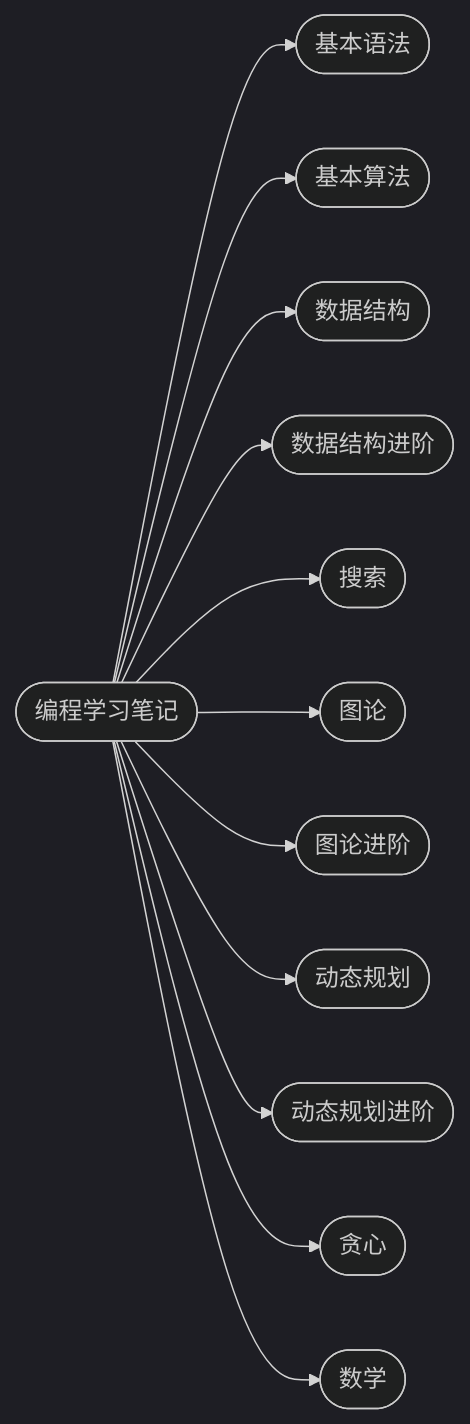
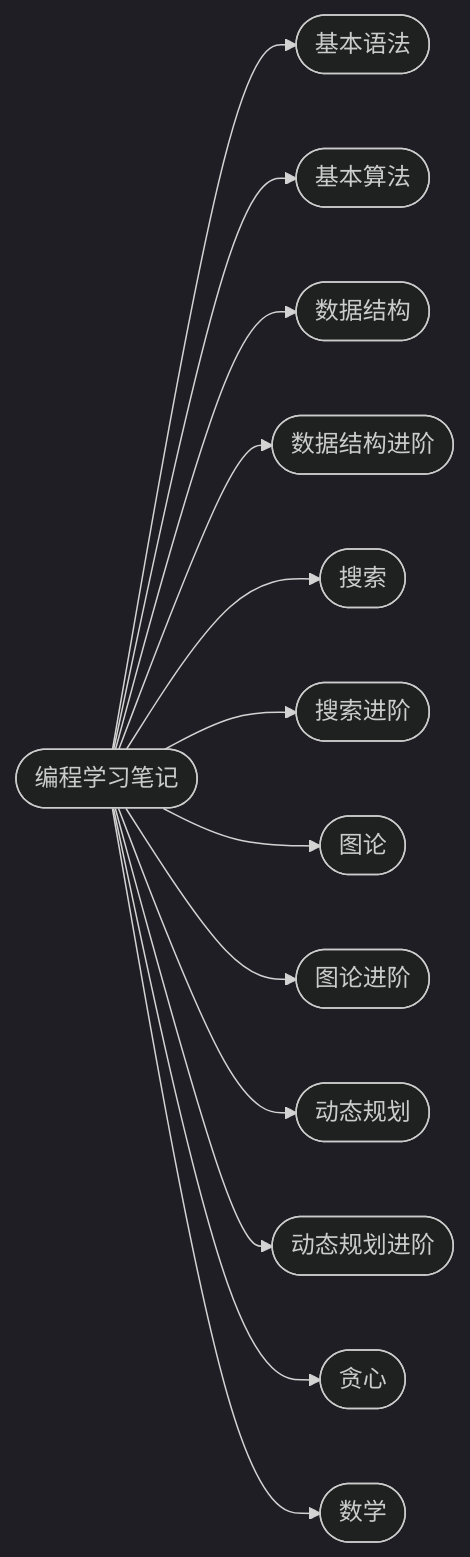
The diagram in index.md (cuberxl/Coders-Note), drawn with Mermaid (dark theme) before and after one commit. The commit also changed other lines of this file and 11 other files, not shown here.

````diff
--- a/index.md
+++ b/index.md
@@ -17,15 +17,16 @@
 ```mermaid
 flowchart LR
     R(["编程学习笔记"])
     R --> A1(["基本语法"])
     R --> A2(["基本算法"])
     R --> A3(["数据结构"])
     R --> A4(["数据结构进阶"])
     R --> A5(["搜索"])
+    R --> A5b(["搜索进阶"])
     R --> A6(["图论"])
     R --> A7(["图论进阶"])
     R --> A8(["动态规划"])
     R --> A9(["动态规划进阶"])
     R --> A10(["贪心"])
     R --> A11(["数学"])
 ```
````
